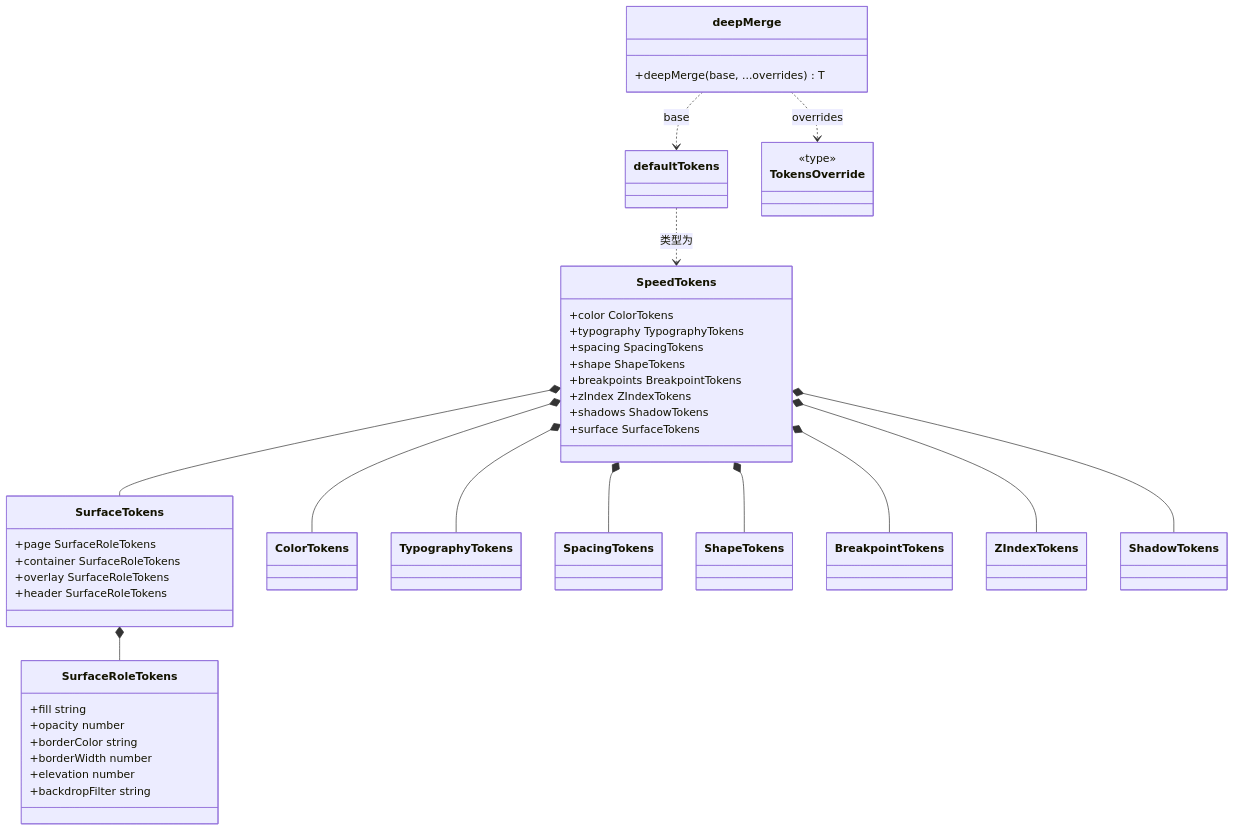
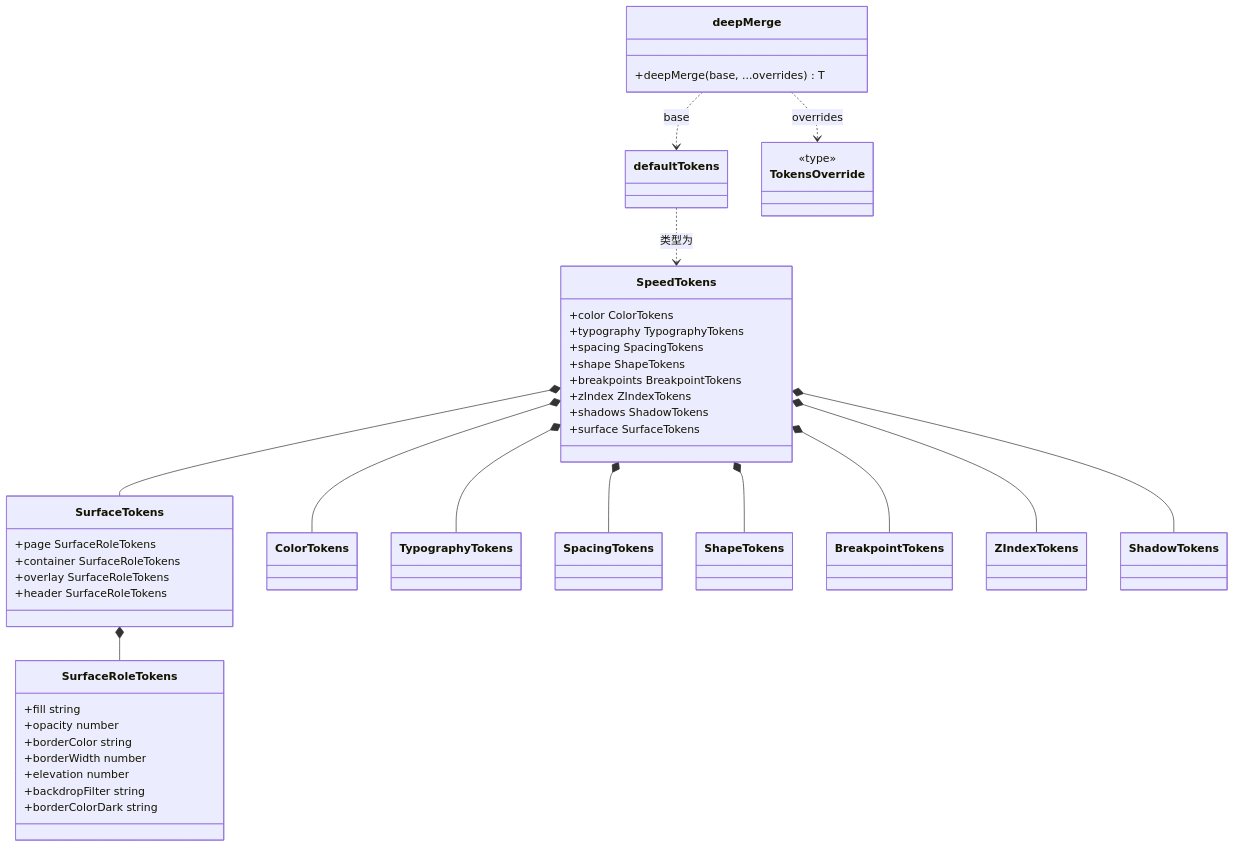
The diagram in docs/design/modules/web/design-web-tokens.md (wangzw/speed), drawn with Mermaid before and after one commit. The commit also changed other lines of this file and 4 other files, not shown here.

First line of the commit message:
feat(tokens): let a surface name a separate dark border

````diff
--- a/docs/design/modules/web/design-web-tokens.md
+++ b/docs/design/modules/web/design-web-tokens.md
@@ -65,46 +65,47 @@
 ```mermaid
 classDiagram
     class SpeedTokens {
         +color ColorTokens
         +typography TypographyTokens
         +spacing SpacingTokens
         +shape ShapeTokens
         +breakpoints BreakpointTokens
         +zIndex ZIndexTokens
         +shadows ShadowTokens
         +surface SurfaceTokens
     }
     class SurfaceTokens {
         +page SurfaceRoleTokens
         +container SurfaceRoleTokens
         +overlay SurfaceRoleTokens
         +header SurfaceRoleTokens
     }
     class SurfaceRoleTokens {
         +fill string
         +opacity number
         +borderColor string
         +borderWidth number
         +elevation number
         +backdropFilter string
+        +borderColorDark string
     }
     class defaultTokens
     class deepMerge {
         +deepMerge(base, ...overrides) T
     }
     class TokensOverride {
         <<type>>
     }
     SpeedTokens *-- ColorTokens
     SpeedTokens *-- TypographyTokens
     SpeedTokens *-- SpacingTokens
     SpeedTokens *-- ShapeTokens
     SpeedTokens *-- BreakpointTokens
     SpeedTokens *-- ZIndexTokens
     SpeedTokens *-- ShadowTokens
     SpeedTokens *-- SurfaceTokens
     SurfaceTokens *-- SurfaceRoleTokens
     defaultTokens ..> SpeedTokens : 类型为
     deepMerge ..> defaultTokens : base
     deepMerge ..> TokensOverride : overrides
 ```
````
